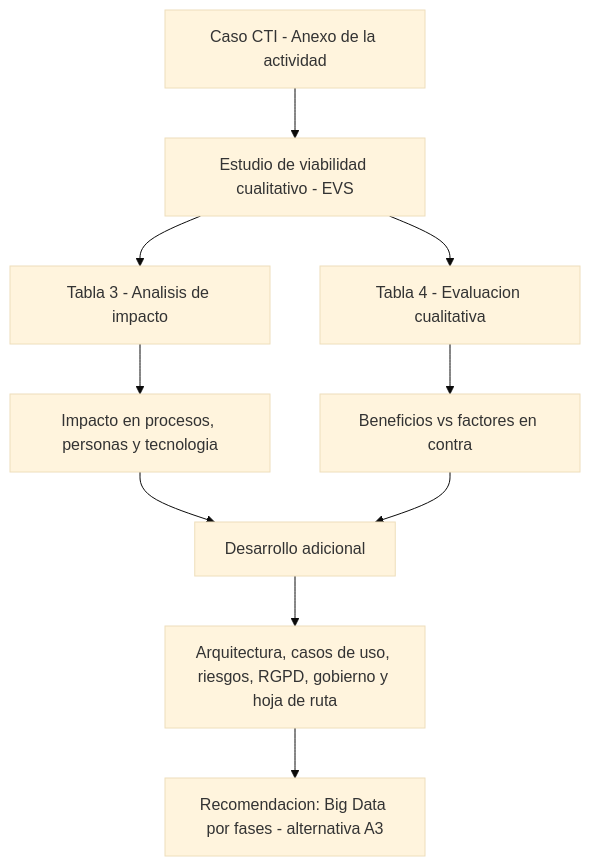
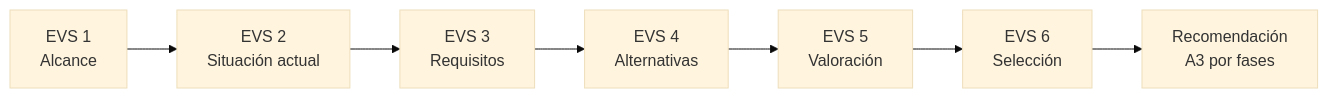
The first of 3 diagrams in README.md (AlejoTechEngineer/estudio-viabilidad-bigdata-cti), drawn with Mermaid (base theme) before and after one commit. The commit also changed other lines of this file, not shown here.

Commit message:
Rediseña el README con insignias, diagramas y resumen del estudio

````diff
--- a/README.md
+++ b/README.md
@@ -22,12 +95,9 @@
 ```mermaid
-flowchart TD
-    A["Caso CTI - Anexo de la actividad"] --> B["Estudio de viabilidad cualitativo - EVS"]
-    B --> C["Tabla 3 - Analisis de impacto"]
-    B --> D["Tabla 4 - Evaluacion cualitativa"]
-    C --> E["Impacto en procesos, personas y tecnologia"]
-    D --> F["Beneficios vs factores en contra"]
-    E --> G["Desarrollo adicional"]
-    F --> G
-    G --> H["Arquitectura, casos de uso, riesgos, RGPD, gobierno y hoja de ruta"]
-    H --> I["Recomendacion: Big Data por fases - alternativa A3"]
+flowchart LR
+    A["EVS 1<br/>Alcance"] --> B["EVS 2<br/>Situación actual"]
+    B --> C["EVS 3<br/>Requisitos"]
+    C --> D["EVS 4<br/>Alternativas"]
+    D --> E["EVS 5<br/>Valoración"]
+    E --> F["EVS 6<br/>Selección"]
+    F --> G["Recomendación<br/>A3 por fases"]
 ```
````
